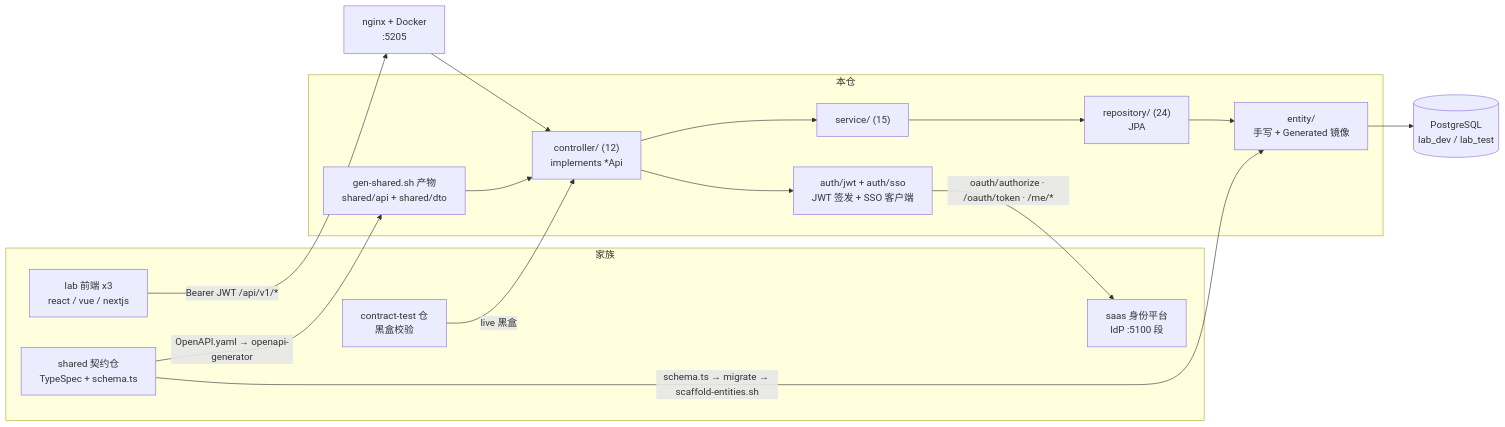
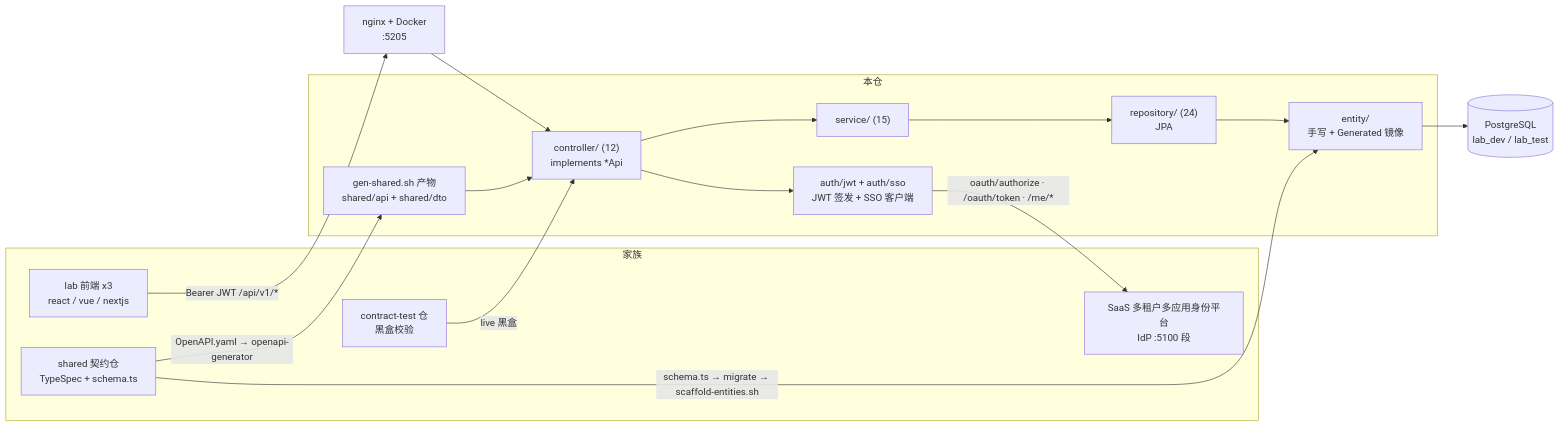
Before and after one commit to zcqiand/lab-management-system-springboot: the first of 2 diagrams in ARCHITECTURE.md, drawn with Mermaid. The commit also changed 4 other files, not shown here.

Commit message:
chore(rename): 系统显示名统一——建筑工程实验室管理系统 / SaaS 多租户多应用身份平台

````diff
--- a/ARCHITECTURE.md
+++ b/ARCHITECTURE.md
@@ -20,28 +20,28 @@
 ```mermaid
 graph LR
   subgraph 家族
     SH["shared 契约仓<br/>TypeSpec + schema.ts"]
     FE["lab 前端 x3<br/>react / vue / nextjs"]
     CT["contract-test 仓<br/>黑盒校验"]
-    SAAS["saas 身份平台<br/>IdP :5100 段"]
+    SAAS["SaaS 多租户多应用身份平台<br/>IdP :5100 段"]
   end
   subgraph 本仓
     GEN["gen-shared.sh 产物<br/>shared/api + shared/dto"]
     CTRL["controller/ (12)<br/>implements *Api"]
     SVC["service/ (15)"]
     AUTH["auth/jwt + auth/sso<br/>JWT 签发 + SSO 客户端"]
     REPO["repository/ (24)<br/>JPA"]
     ENT["entity/<br/>手写 + Generated 镜像"]
   end
   DB[("PostgreSQL<br/>lab_dev / lab_test")]
   NGINX["nginx + Docker<br/>:5205"]
 
   SH -- "OpenAPI.yaml → openapi-generator" --> GEN
   SH -- "schema.ts → migrate → scaffold-entities.sh" --> ENT
   GEN --> CTRL
   CTRL --> SVC --> REPO --> ENT --> DB
   CTRL --> AUTH
   AUTH -- "oauth/authorize · /oauth/token · /me/*" --> SAAS
   FE -- "Bearer JWT /api/v1/*" --> NGINX --> CTRL
   CT -- "live 黑盒" --> CTRL
 ```
````
